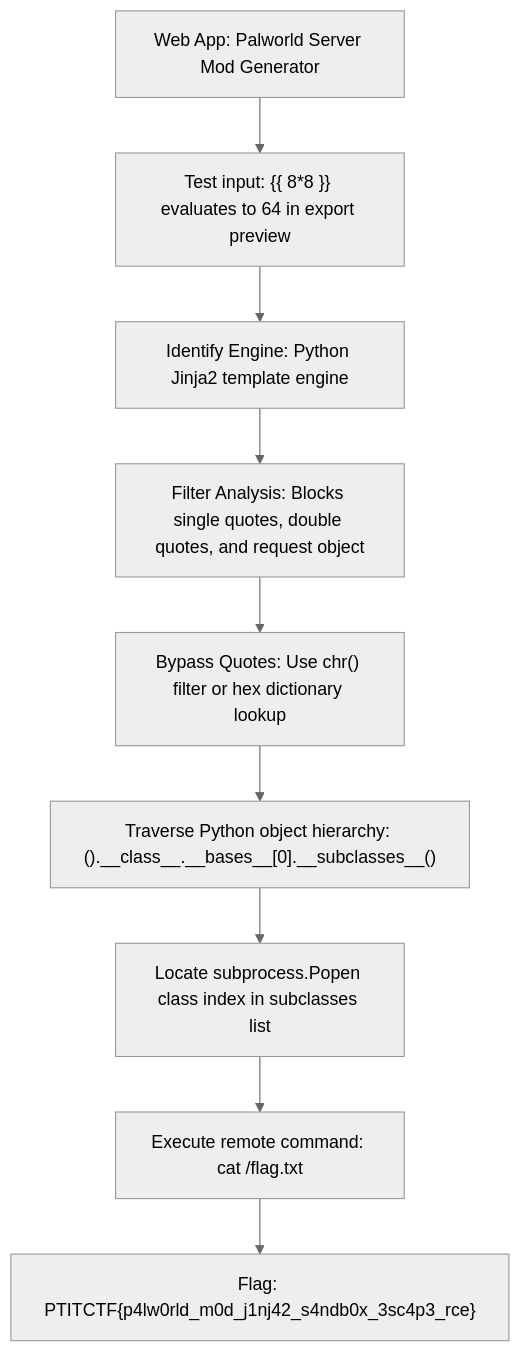
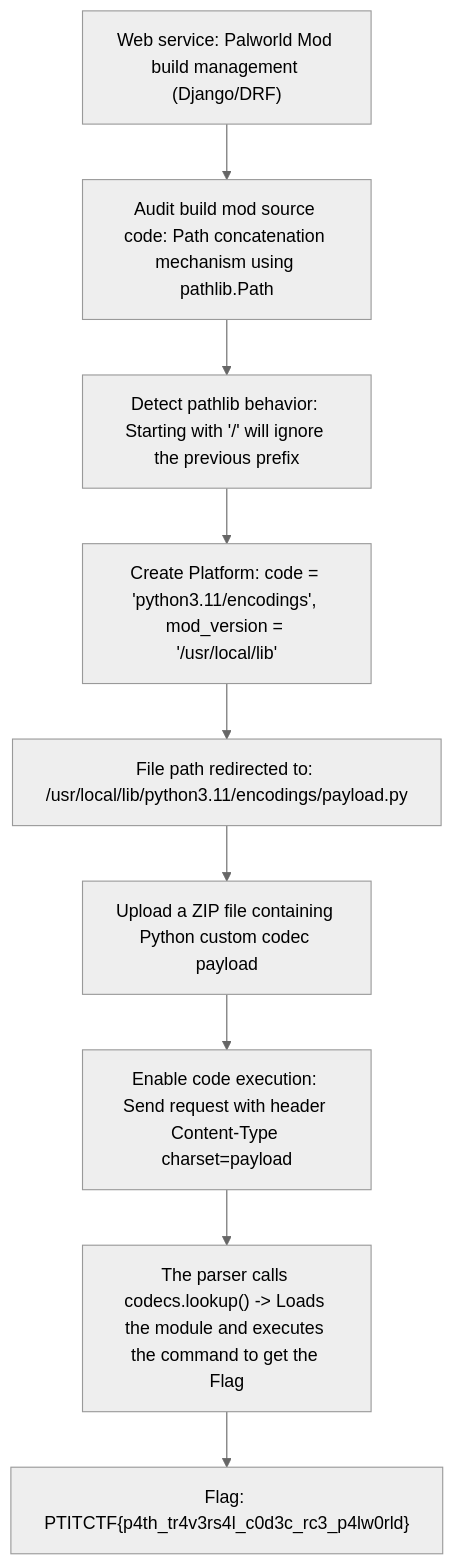
One commit to Lizamort1/ctf-writeups changed the second of 2 diagrams in _posts/2026-08-23-palworld-mod.md. Above: the diagram before and after it, drawn with Mermaid (neutral theme). The commit also changed other lines of this file and 42 other files, not shown here.

Commit message:
fix: synchronize bilingual writeups and redraw diagrams

````diff
--- a/_posts/2026-08-23-palworld-mod.md
+++ b/_posts/2026-08-23-palworld-mod.md
@@ -123,11 +124,11 @@
 ```mermaid
 flowchart TD
-    A["Web App: Palworld Server Mod Generator"] --> B["Test input: {{ 8*8 }} evaluates to 64 in export preview"]
-    B --> C["Identify Engine: Python Jinja2 template engine"]
-    C --> D["Filter Analysis: Blocks single quotes, double quotes, and request object"]
-    D --> E["Bypass Quotes: Use chr() filter or hex dictionary lookup"]
-    E --> F["Traverse Python object hierarchy: ().__class__.__bases__[0].__subclasses__()"]
-    F --> G["Locate subprocess.Popen class index in subclasses list"]
-    G --> H["Execute remote command: cat /flag.txt"]
-    H --> I["Flag: PTITCTF{p4lw0rld_m0d_j1nj42_s4ndb0x_3sc4p3_rce}"]
+    A["Web service: Palworld Mod build management (Django/DRF)"] --> B["Audit build mod source code: Path concatenation mechanism using pathlib.Path"]
+    B --> C["Detect pathlib behavior: Starting with '/' will ignore the previous prefix"]
+    C --> D["Create Platform: code = 'python3.11/encodings', mod_version = '/usr/local/lib'"]
+    D --> E["File path redirected to: /usr/local/lib/python3.11/encodings/payload.py"]
+    E --> F["Upload a ZIP file containing Python custom codec payload"]
+    F --> G["Enable code execution: Send request with header Content-Type charset=payload"]
+    G --> H["The parser calls codecs.lookup() -> Loads the module and executes the command to get the Flag"]
+    H --> I["Flag: PTITCTF{p4th_tr4v3rs4l_c0d3c_rc3_p4lw0rld}"]
 ```
````
